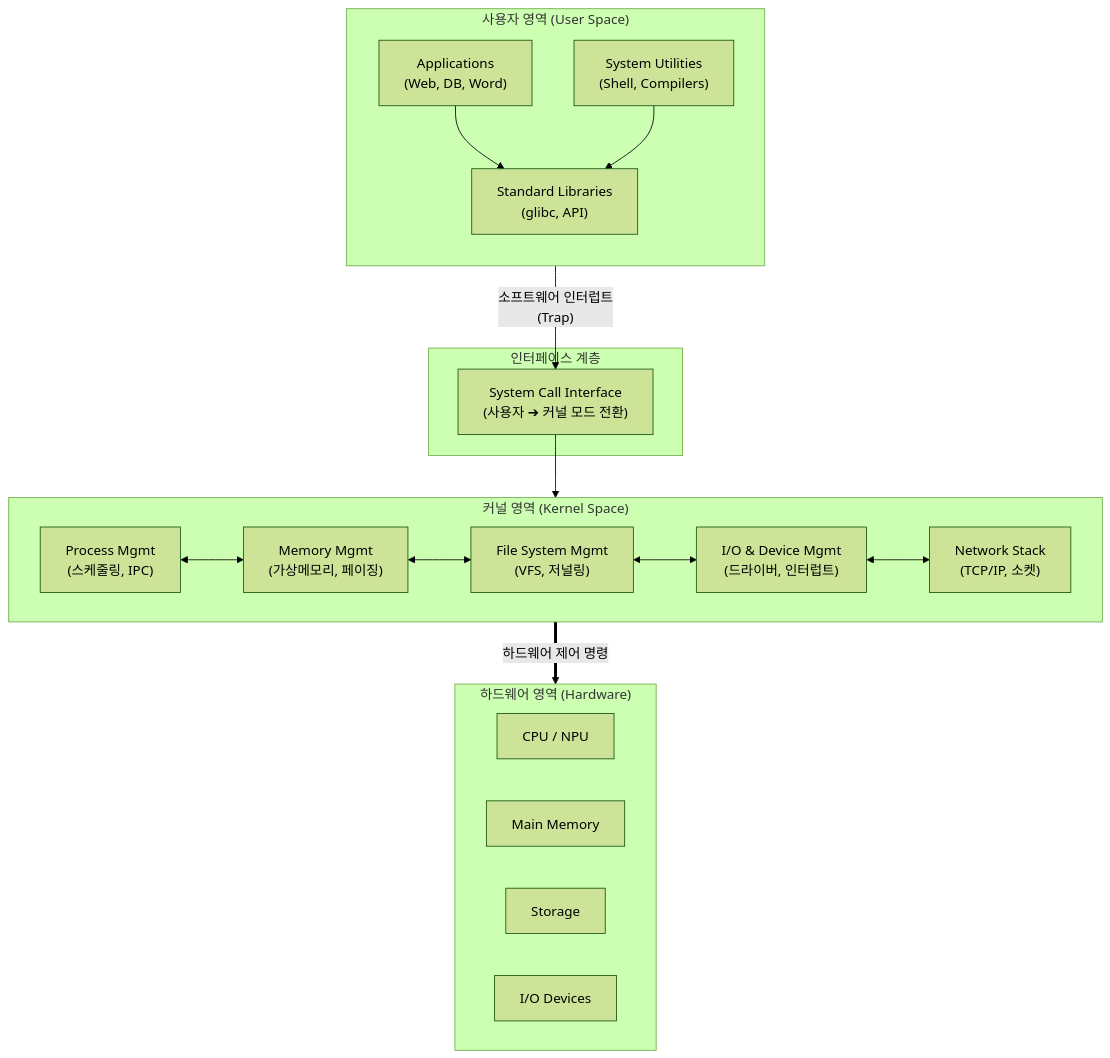
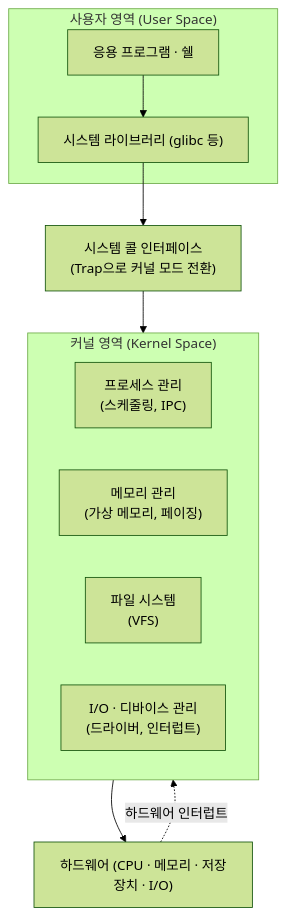
One commit to supremethumb/supremethumb.github.io changed the diagram in content/01_IT Tech/OS(운영체제).md. Above: the diagram before and after it, drawn with Mermaid (forest theme). The commit also changed other lines of this file and 1087 other files, not shown here.

````diff
--- a/content/01_IT Tech/OS(운영체제).md
+++ b/content/01_IT Tech/OS(운영체제).md
@@ -30,43 +35,17 @@
 ```mermaid
 flowchart TD
-    subgraph User_Space ["사용자 영역 (User Space)"]
-        direction TB
-        App1["Applications<br/>(Web, DB, Word)"]
-        App2["System Utilities<br/>(Shell, Compilers)"]
-        Lib["Standard Libraries<br/>(glibc, API)"]
-        
-        App1 --> Lib
-        App2 --> Lib
+    subgraph User["사용자 영역 (User Space)"]
+        App["응용 프로그램 · 쉘"] --> Lib["시스템 라이브러리 (glibc 등)"]
     end
-
-    subgraph Interface ["인터페이스 계층"]
-        SysCall["System Call Interface<br/>(사용자 ➔ 커널 모드 전환)"]
+    SysCall["시스템 콜 인터페이스<br/>(Trap으로 커널 모드 전환)"]
+    subgraph Kernel["커널 영역 (Kernel Space)"]
+        direction LR
+        PM["프로세스 관리<br/>(스케줄링, IPC)"]
+        MM["메모리 관리<br/>(가상 메모리, 페이징)"]
+        FS["파일 시스템<br/>(VFS)"]
+        IO["I/O · 디바이스 관리<br/>(드라이버, 인터럽트)"]
     end
-
-    subgraph Kernel_Space ["커널 영역 (Kernel Space)"]
-        direction LR
-        PM["Process Mgmt<br/>(스케줄링, IPC)"]
-        MM["Memory Mgmt<br/>(가상메모리, 페이징)"]
-        FM["File System Mgmt<br/>(VFS, 저널링)"]
-        IOM["I/O & Device Mgmt<br/>(드라이버, 인터럽트)"]
-        Net["Network Stack<br/>(TCP/IP, 소켓)"]
-        
-        PM <--> MM
-        MM <--> FM
-        FM <--> IOM
-        IOM <--> Net
-    end
-
-    subgraph Hardware_Layer ["하드웨어 영역 (Hardware)"]
-        direction LR
-        CPU["CPU / NPU"]
-        RAM["Main Memory"]
-        Disk["Storage"]
-        NIC["I/O Devices"]
-    end
-
-    Lib -- "소프트웨어 인터럽트<br/>(Trap)" --> SysCall
-    SysCall --> Kernel_Space
-    Kernel_Space == "하드웨어 제어 명령" ==> Hardware_Layer
-
+    HW["하드웨어 (CPU · 메모리 · 저장장치 · I/O)"]
+    Lib --> SysCall --> Kernel --> HW
+    HW -. "하드웨어 인터럽트" .-> Kernel
 ```
````
